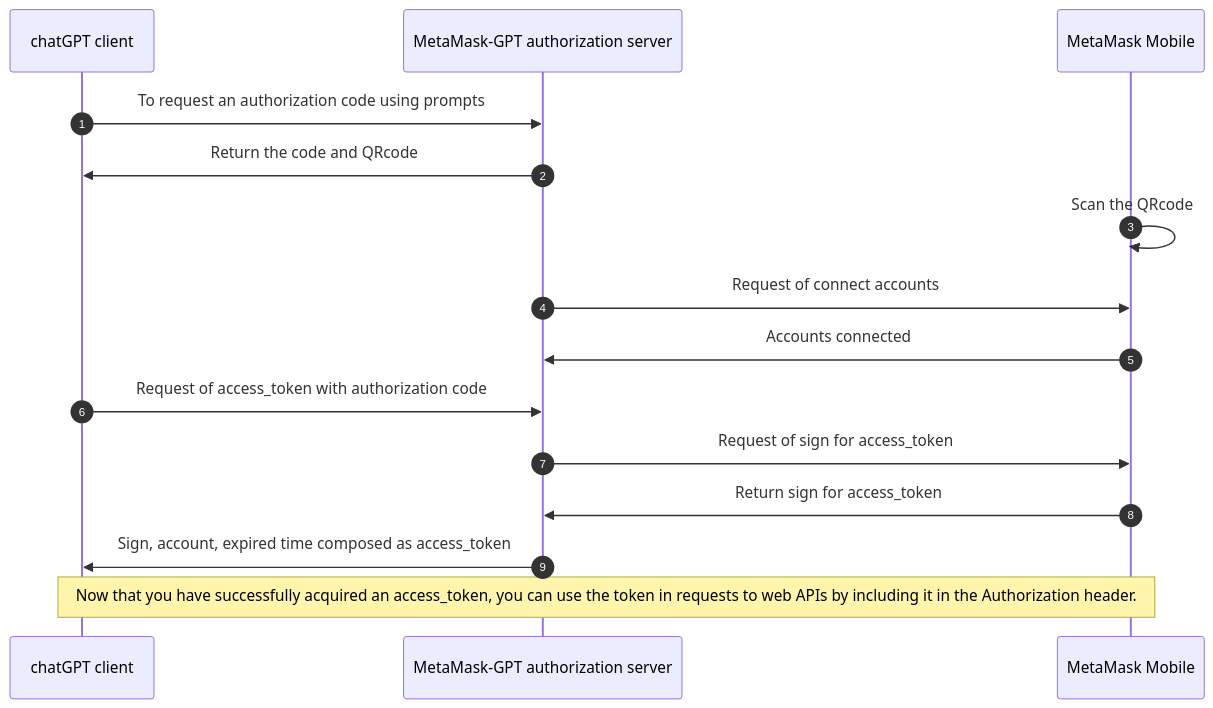
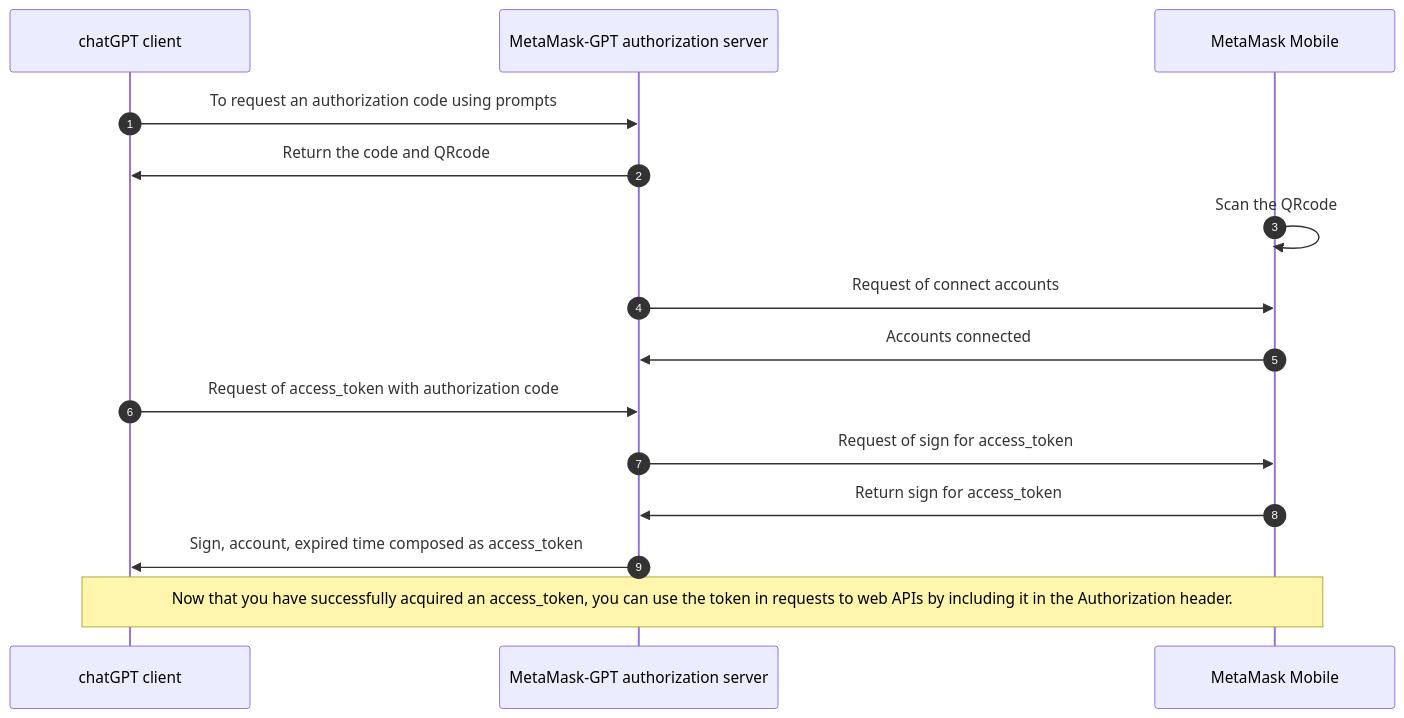
One commit to TheBestOrNothing/thebestornothing.github.io changed the diagram in website/docs/metamaskGPT/connect.mdx. Above: the diagram before and after it, drawn with Mermaid. The commit also changed other lines of this file, not shown here.

````diff
--- a/website/docs/metamaskGPT/connect.mdx
+++ b/website/docs/metamaskGPT/connect.mdx
@@ -30,20 +131,29 @@
 ```mermaid
+%%{
+  init: {
+    'sequence': {
+      'actorMargin': 100,
+      'width': 250,
+      'noteMargin': 15
+    }
+  }
+}%%
 
 sequenceDiagram
     autonumber
     participant chatGPTClient as chatGPT client
     participant MetaMask-GPTAuthServer as MetaMask-GPT authorization server
     participant MetaMaskMobile as MetaMask Mobile
 
     chatGPTClient->>MetaMask-GPTAuthServer: To request an authorization code using prompts
     MetaMask-GPTAuthServer->>chatGPTClient: Return the code and QRcode
     MetaMaskMobile->>MetaMaskMobile: Scan the QRcode 
     MetaMask-GPTAuthServer->>MetaMaskMobile: Request of connect accounts 
     MetaMaskMobile->>MetaMask-GPTAuthServer: Accounts connected
     chatGPTClient->>MetaMask-GPTAuthServer: Request of access_token with authorization code
     MetaMask-GPTAuthServer->>MetaMaskMobile: Request of sign for access_token 
     MetaMaskMobile->>MetaMask-GPTAuthServer: Return sign for access_token 
     MetaMask-GPTAuthServer->>chatGPTClient: Sign, account, expired time composed as access_token
     note over chatGPTClient, MetaMaskMobile: Now that you have successfully acquired an access_token, you can use the token in requests to web APIs by including it in the Authorization header.
 
 ```
````
